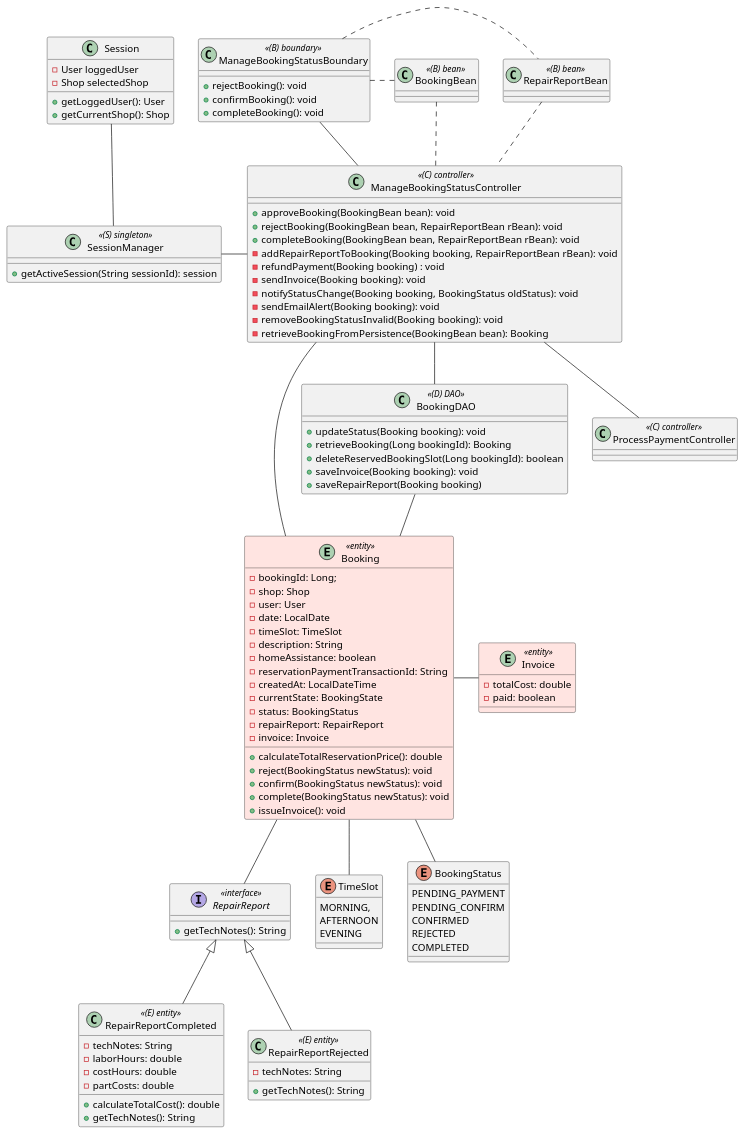
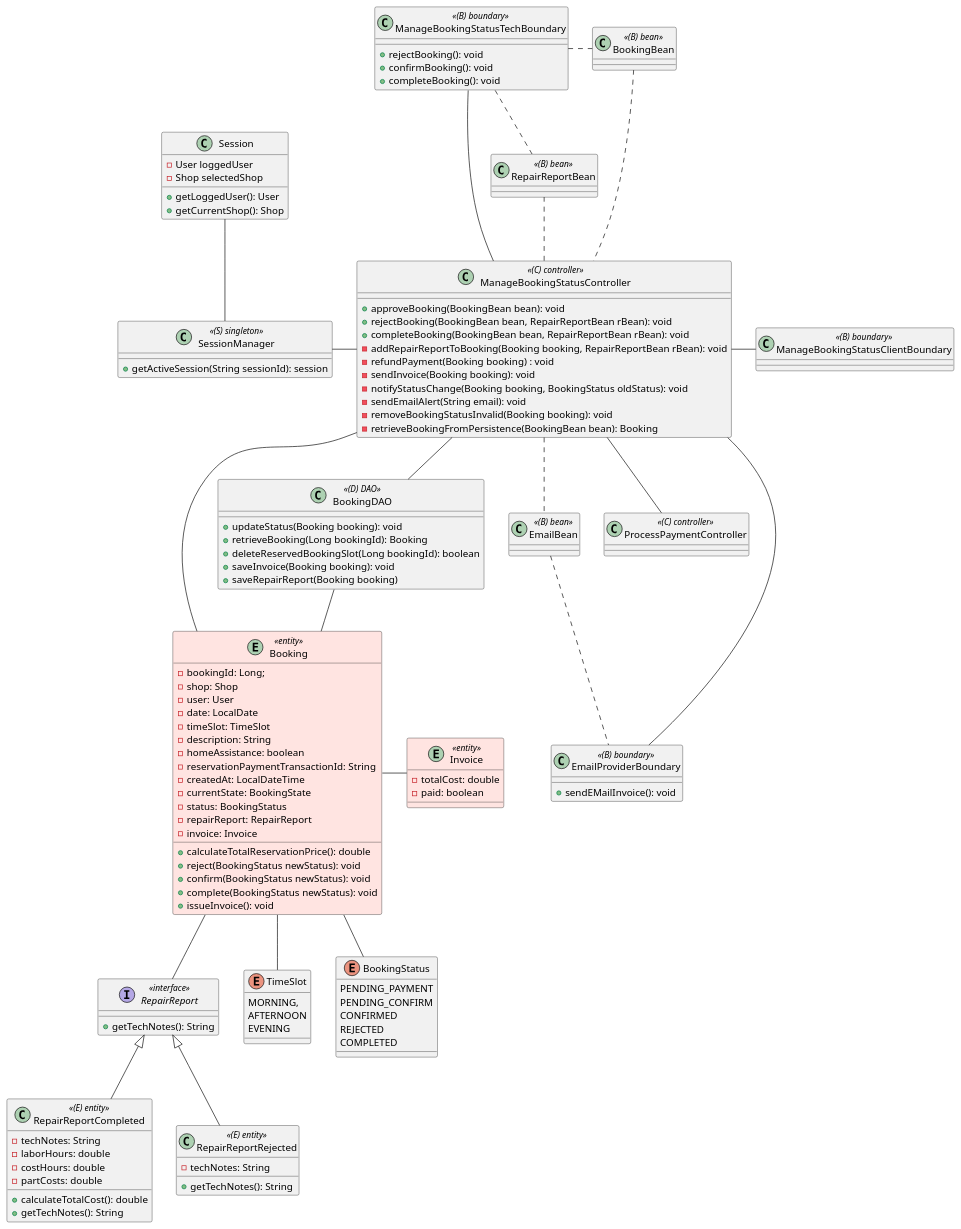
One commit to GiuEliNo/JustIT changed the diagram in doc/class_diagram/vopc_manage_booking_status.plantuml. Above: the diagram before and after it, drawn with PlantUML. The commit also changed 47 other files, not shown here.

```diff
--- a/doc/class_diagram/vopc_manage_booking_status.plantuml
+++ b/doc/class_diagram/vopc_manage_booking_status.plantuml
@@ -1,139 +1,153 @@
 @startuml
 
 
 skinparam class {
 BackgroundColor<<controller>> PowderBlue
 BackgroundColor<<bean>> White
 BackgroundColor<<entity>> MistyRose
 BackgroundColor<<boundary>> LemonChiffon
 BackgroundColor<<singleton>> palegreen
 BackgroundColor<<dao>> Silver
 
 }
 
 class ManageBookingStatusController <<(C) controller>> {
     + approveBooking(BookingBean bean): void
     + rejectBooking(BookingBean bean, RepairReportBean rBean): void
     + completeBooking(BookingBean bean, RepairReportBean rBean): void
     - addRepairReportToBooking(Booking booking, RepairReportBean rBean): void
     - refundPayment(Booking booking) : void
     - sendInvoice(Booking booking): void
     - notifyStatusChange(Booking booking, BookingStatus oldStatus): void
-    - sendEmailAlert(Booking booking): void
+    - sendEmailAlert(String email): void
     - removeBookingStatusInvalid(Booking booking): void
     - retrieveBookingFromPersistence(BookingBean bean): Booking
 }
 
-class ManageBookingStatusBoundary <<(B) boundary>>{
+class ManageBookingStatusTechBoundary <<(B) boundary>>{
     + rejectBooking(): void
     + confirmBooking(): void
     + completeBooking(): void
+}
+
+class ManageBookingStatusClientBoundary <<(B) boundary>>{
+}
+
+class EmailProviderBoundary <<(B) boundary>>{
+    + sendEMailInvoice(): void
 }
 
 class SessionManager <<(S) singleton>>{
 + getActiveSession(String sessionId): session
 }
 
 class Session{
 -User loggedUser
 -Shop selectedShop
 +getLoggedUser(): User
 +getCurrentShop(): Shop
 }
 
 entity Invoice <<entity>>{
 -totalCost: double
 -paid: boolean
 
 }
 
 interface RepairReport <<interface>>{
 +getTechNotes(): String
 }
 
 class RepairReportCompleted <<(E) entity>>{
 -techNotes: String
 -laborHours: double
 -costHours: double
 -partCosts: double
 +calculateTotalCost(): double
 +getTechNotes(): String
 }
 
 class RepairReportRejected <<(E) entity>>{
 -techNotes: String
 +getTechNotes(): String
 }
 
 class BookingBean <<(B) bean>>{
+}
+
+class EmailBean <<(B) bean>>{
 }
 
 class RepairReportBean<<(B) bean>>{
 }
 
 class BookingDAO <<(D) DAO>>{
 + updateStatus(Booking booking): void
 + retrieveBooking(Long bookingId): Booking
 + deleteReservedBookingSlot(Long bookingId): boolean
 + saveInvoice(Booking booking): void
 + saveRepairReport(Booking booking)
 }
 class ProcessPaymentController<<(C) controller>>
 
 entity Booking <<entity>>{
 -bookingId: Long;
 -shop: Shop
 -user: User
 -date: LocalDate
 -timeSlot: TimeSlot
 -description: String
 -homeAssistance: boolean
 -reservationPaymentTransactionId: String
 -createdAt: LocalDateTime
 -currentState: BookingState
 -status: BookingStatus
 -repairReport: RepairReport
 -invoice: Invoice
     + calculateTotalReservationPrice(): double
     + reject(BookingStatus newStatus): void
     + confirm(BookingStatus newStatus): void
     + complete(BookingStatus newStatus): void
     + issueInvoice(): void
 }
 
 enum TimeSlot {
   MORNING,
   AFTERNOON
   EVENING
 }
 
 enum BookingStatus {
   PENDING_PAYMENT
   PENDING_CONFIRM
   CONFIRMED
   REJECTED
   COMPLETED
 }
 
-ManageBookingStatusBoundary -d- ManageBookingStatusController
-ManageBookingStatusBoundary .r. BookingBean
 ManageBookingStatusController .u. BookingBean
 ManageBookingStatusController -l- SessionManager
 Booking -r- Invoice
 Booking -- RepairReport
 ManageBookingStatusController -d- BookingDAO
 ManageBookingStatusController -- Booking
-ManageBookingStatusBoundary .r. RepairReportBean
 ManageBookingStatusController .u. RepairReportBean
 Booking -- TimeSlot
 Booking -- BookingStatus
 RepairReport <|-- RepairReportCompleted
 RepairReport <|-- RepairReportRejected
 
 BookingDAO -- Booking
 Session -- SessionManager
 
 ManageBookingStatusController -- ProcessPaymentController
+ManageBookingStatusController -u- EmailProviderBoundary
+ManageBookingStatusController .. EmailBean
+EmailProviderBoundary .u. EmailBean
+ManageBookingStatusClientBoundary -l- ManageBookingStatusController
+ManageBookingStatusTechBoundary -d- ManageBookingStatusController
+ManageBookingStatusTechBoundary .r. BookingBean
+ManageBookingStatusTechBoundary .. RepairReportBean
 
 
 @enduml
```
